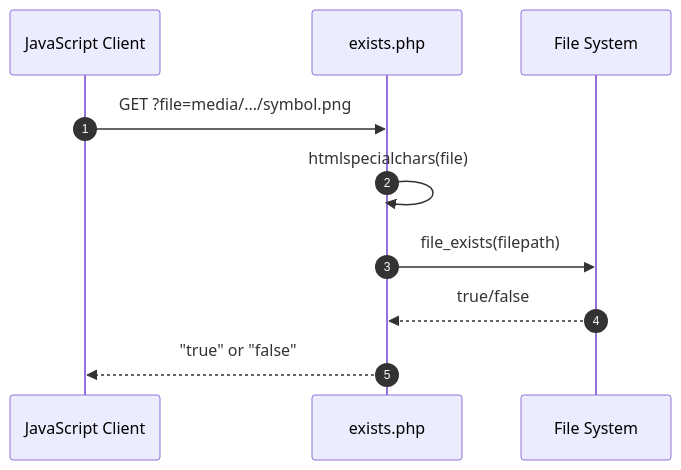
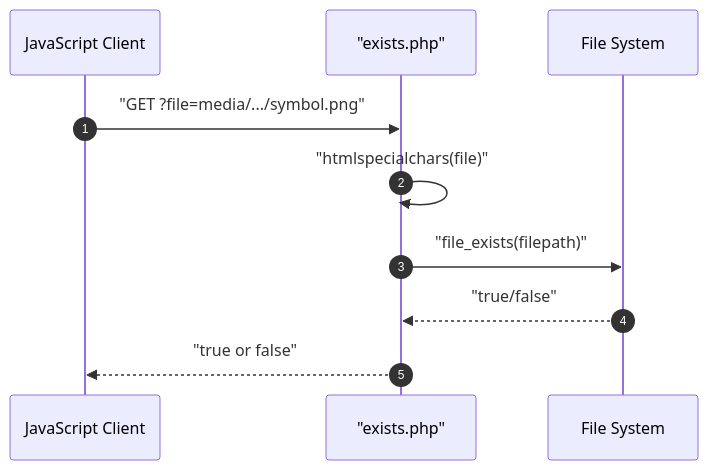
One commit to pauljrhodes/ramblers-library changed the second of 3 diagrams in media/gpxsymbols/HLD.md. Above: the diagram before and after it, drawn with Mermaid. The commit also changed other lines of this file and 33 other files, not shown here.

First line of the commit message:
Normalize Mermaid diagrams for GitHub rendering (#13)

````diff
--- a/media/gpxsymbols/HLD.md
+++ b/media/gpxsymbols/HLD.md
@@ -69,13 +69,13 @@
 ```mermaid
 sequenceDiagram
     autonumber
     participant Client as JavaScript Client
-    participant Exists as exists.php
+    participant Exists as "exists.php"
     participant FileSystem as File System
 
-    Client->>Exists: GET ?file=media/.../symbol.png
-    Exists->>Exists: htmlspecialchars(file)
-    Exists->>FileSystem: file_exists(filepath)
-    FileSystem-->>Exists: true/false
-    Exists-->>Client: "true" or "false"
+    Client->>Exists: "GET ?file=media/.../symbol.png"
+    Exists->>Exists: "htmlspecialchars(file)"
+    Exists->>FileSystem: "file_exists(filepath)"
+    FileSystem-->>Exists: "true/false"
+    Exists-->>Client: "true or false"
 ```
````
